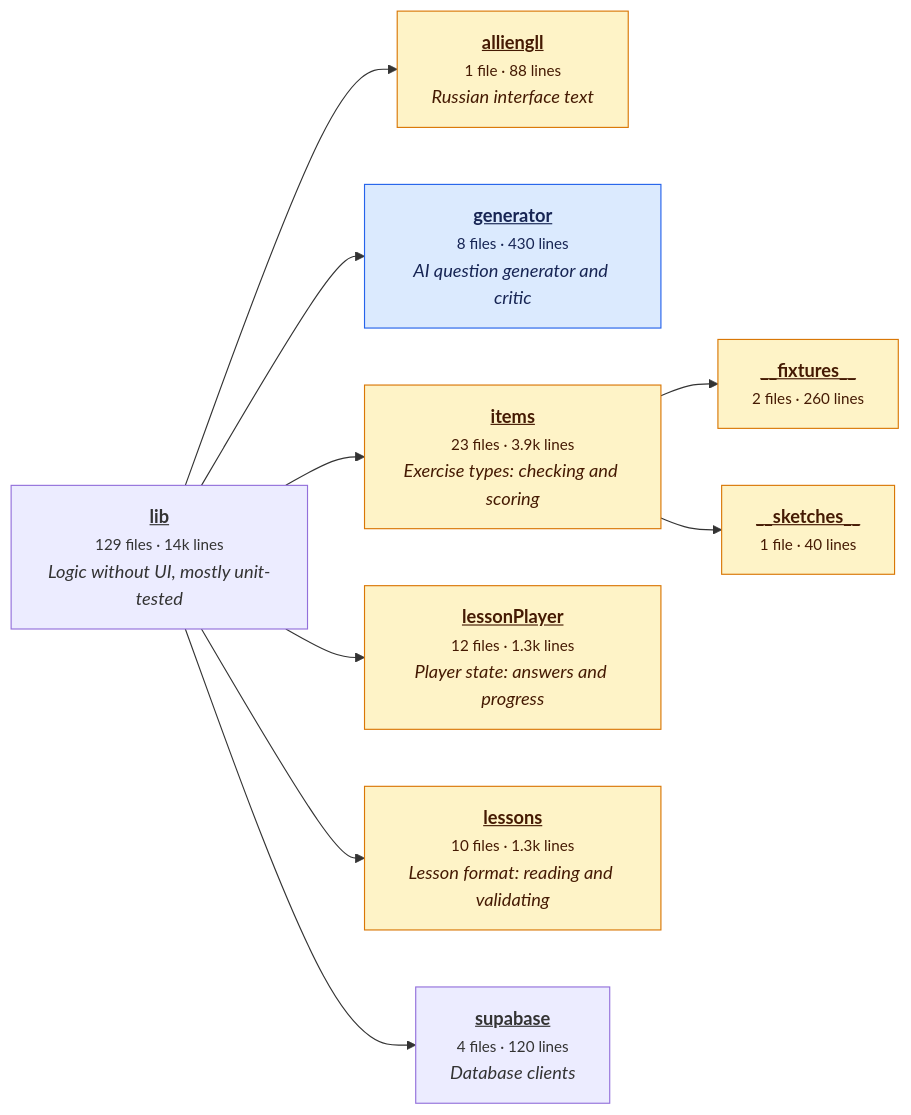
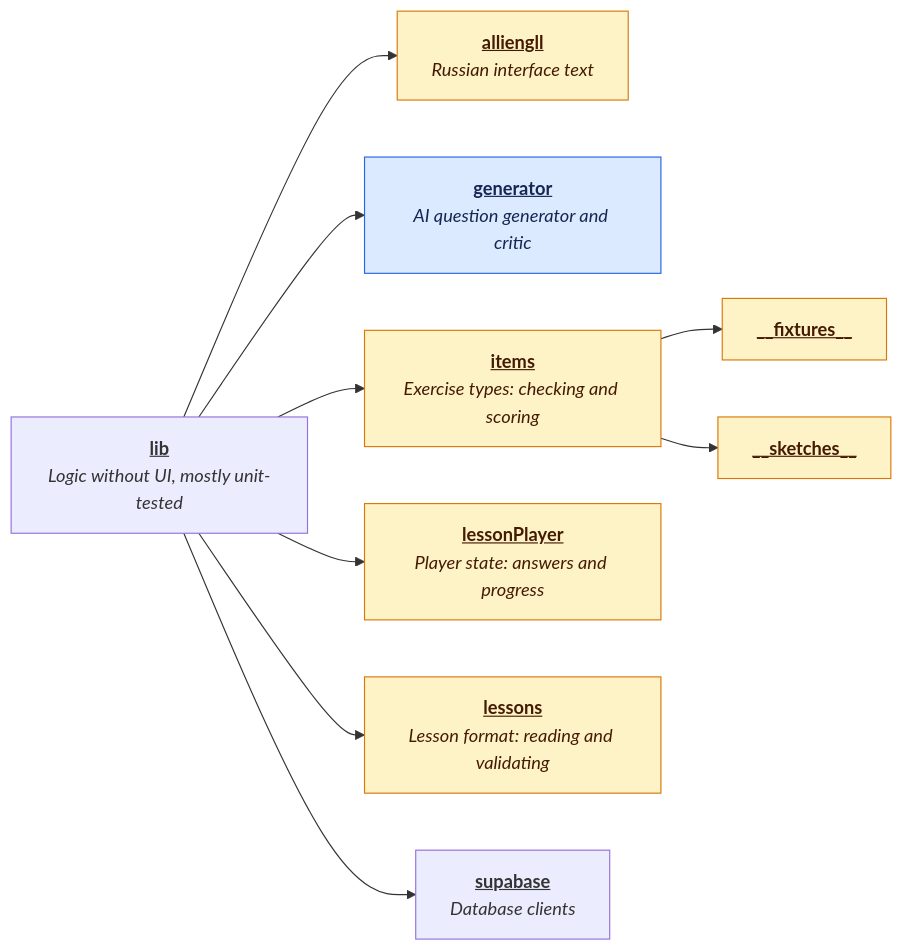
Before and after one commit to JumpLikeFLEA/colloquiz: the fourth of 6 diagrams in README.md, drawn with Mermaid. The commit also changed other lines of this file, not shown here.

````diff
--- a/README.md
+++ b/README.md
@@ -176,24 +176,24 @@
 ```mermaid
 flowchart LR
-  n0["<b><a href='https://github.com/JumpLikeFLEA/colloquiz/tree/main/lib' style='color:inherit'>lib</a></b><br/><small>129 files · 14k lines</small><br/><i>Logic without UI, mostly unit-tested</i>"]
-  n1["<b><a href='https://github.com/JumpLikeFLEA/colloquiz/tree/main/lib/alliengll' style='color:inherit'>alliengll</a></b><br/><small>1 file · 88 lines</small><br/><i>Russian interface text</i>"]
-  n2["<b><a href='https://github.com/JumpLikeFLEA/colloquiz/tree/main/lib/generator' style='color:inherit'>generator</a></b><br/><small>8 files · 430 lines</small><br/><i>AI question generator and critic</i>"]
-  n3["<b><a href='https://github.com/JumpLikeFLEA/colloquiz/tree/main/lib/items' style='color:inherit'>items</a></b><br/><small>23 files · 3.9k lines</small><br/><i>Exercise types: checking and scoring</i>"]
-  n4["<b><a href='https://github.com/JumpLikeFLEA/colloquiz/tree/main/lib/items/__fixtures__' style='color:inherit'>__fixtures__</a></b><br/><small>2 files · 260 lines</small>"]
-  n5["<b><a href='https://github.com/JumpLikeFLEA/colloquiz/tree/main/lib/items/__sketches__' style='color:inherit'>__sketches__</a></b><br/><small>1 file · 40 lines</small>"]
-  n6["<b><a href='https://github.com/JumpLikeFLEA/colloquiz/tree/main/lib/lessonPlayer' style='color:inherit'>lessonPlayer</a></b><br/><small>12 files · 1.3k lines</small><br/><i>Player state: answers and progress</i>"]
-  n7["<b><a href='https://github.com/JumpLikeFLEA/colloquiz/tree/main/lib/lessons' style='color:inherit'>lessons</a></b><br/><small>10 files · 1.3k lines</small><br/><i>Lesson format: reading and validating</i>"]
-  n8["<b><a href='https://github.com/JumpLikeFLEA/colloquiz/tree/main/lib/supabase' style='color:inherit'>supabase</a></b><br/><small>4 files · 120 lines</small><br/><i>Database clients</i>"]
+  n0["<b><a href='https://github.com/JumpLikeFLEA/colloquiz/tree/main/lib' style='color:inherit'>lib</a></b><br/><i>Logic without UI, mostly unit-tested</i>"]
+  n1["<b><a href='https://github.com/JumpLikeFLEA/colloquiz/tree/main/lib/alliengll' style='color:inherit'>alliengll</a></b><br/><i>Russian interface text</i>"]
+  n2["<b><a href='https://github.com/JumpLikeFLEA/colloquiz/tree/main/lib/generator' style='color:inherit'>generator</a></b><br/><i>AI question generator and critic</i>"]
+  n3["<b><a href='https://github.com/JumpLikeFLEA/colloquiz/tree/main/lib/items' style='color:inherit'>items</a></b><br/><i>Exercise types: checking and scoring</i>"]
+  n4["<b><a href='https://github.com/JumpLikeFLEA/colloquiz/tree/main/lib/items/__fixtures__' style='color:inherit'>__fixtures__</a></b>"]
+  n5["<b><a href='https://github.com/JumpLikeFLEA/colloquiz/tree/main/lib/items/__sketches__' style='color:inherit'>__sketches__</a></b>"]
+  n6["<b><a href='https://github.com/JumpLikeFLEA/colloquiz/tree/main/lib/lessonPlayer' style='color:inherit'>lessonPlayer</a></b><br/><i>Player state: answers and progress</i>"]
+  n7["<b><a href='https://github.com/JumpLikeFLEA/colloquiz/tree/main/lib/lessons' style='color:inherit'>lessons</a></b><br/><i>Lesson format: reading and validating</i>"]
+  n8["<b><a href='https://github.com/JumpLikeFLEA/colloquiz/tree/main/lib/supabase' style='color:inherit'>supabase</a></b><br/><i>Database clients</i>"]
   n0 --> n1
   n0 --> n2
   n0 --> n3
   n3 --> n4
   n3 --> n5
   n0 --> n6
   n0 --> n7
   n0 --> n8
   classDef g0 fill:#fef3c7,stroke:#d97706,color:#451a03
   class n1,n3,n4,n5,n6,n7 g0
   classDef g1 fill:#dbeafe,stroke:#2563eb,color:#172554
   class n2 g1
 ```
````
